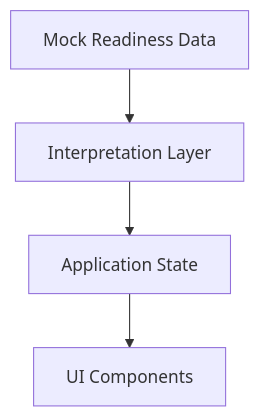
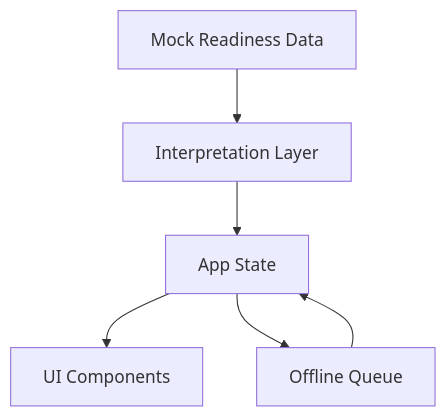
The first of 2 diagrams in docs/system-design.md (hermitex/quest-learner-readiness), drawn with Mermaid before and after one commit. The commit also changed other lines of this file and 5 other files, not shown here.

`````diff
--- a/docs/system-design.md
+++ b/docs/system-design.md
@@ -34,6 +36,8 @@
 ```mermaid
 graph TD
   A[Mock Readiness Data] --> B[Interpretation Layer]
-  B --> C[Application State]
+  B --> C[App State]
   C --> D[UI Components]
-````
+  C --> E[Offline Queue]
+  E --> C
+```
`````
